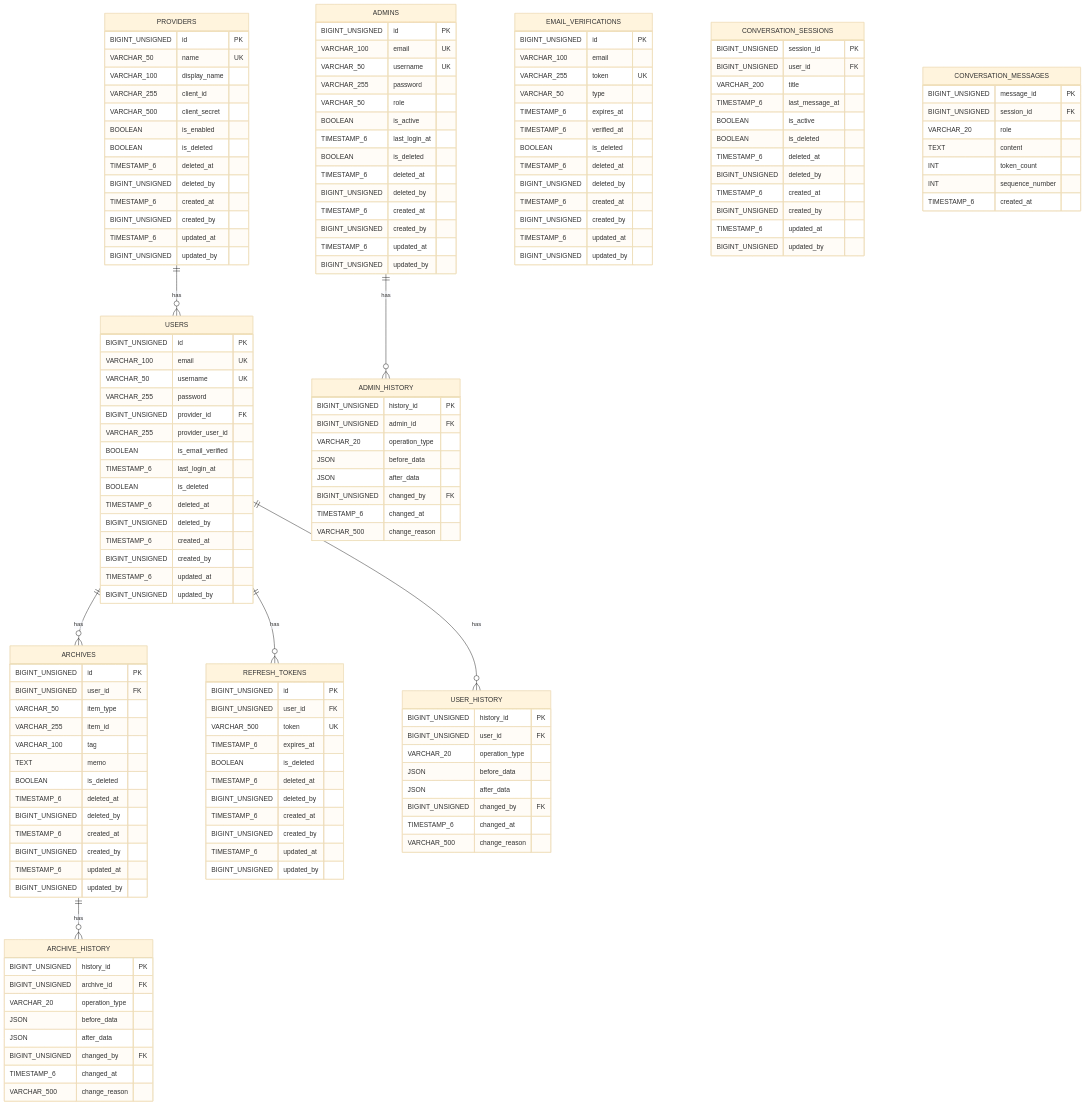
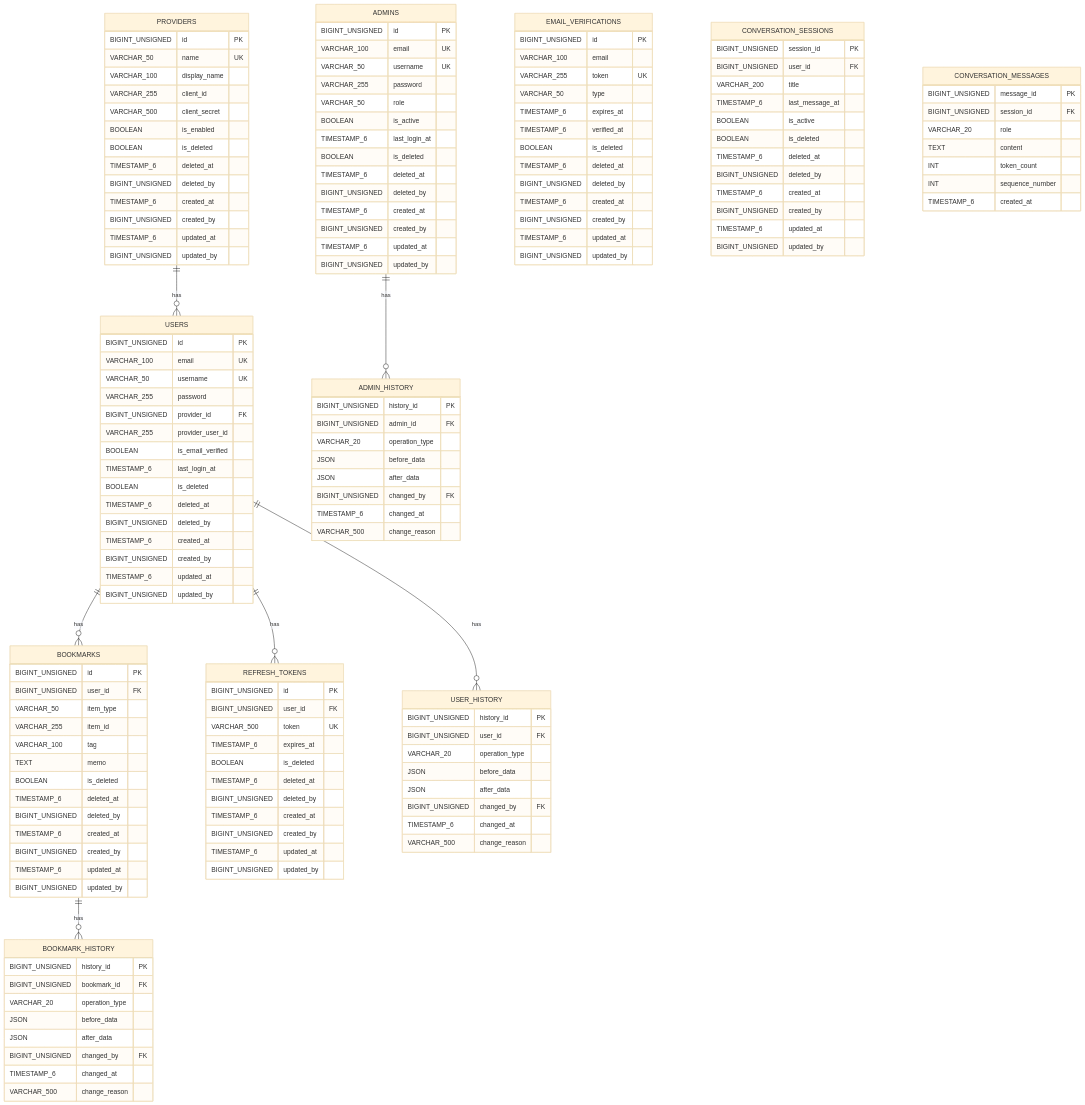
One commit to thswlsqls/tech-n-ai changed the diagram in docs/step1/3. aurora-schema-design.md. Above: the diagram before and after it, drawn with Mermaid (base theme). The commit also changed other lines of this file and 68 other files, not shown here.

````diff
--- a/docs/step1/3. aurora-schema-design.md
+++ b/docs/step1/3. aurora-schema-design.md
@@ -795,11 +779,11 @@
 ```mermaid
 erDiagram
     PROVIDERS ||--o{ USERS : "has"
-    USERS ||--o{ ARCHIVES : "has"
+    USERS ||--o{ BOOKMARKS : "has"
     USERS ||--o{ REFRESH_TOKENS : "has"
     USERS ||--o{ USER_HISTORY : "has"
     ADMINS ||--o{ ADMIN_HISTORY : "has"
-    ARCHIVES ||--o{ ARCHIVE_HISTORY : "has"
+    BOOKMARKS ||--o{ BOOKMARK_HISTORY : "has"
     
     PROVIDERS {
         BIGINT_UNSIGNED id PK
@@ -852,7 +836,7 @@
         BIGINT_UNSIGNED updated_by
     }
     
-    ARCHIVES {
+    BOOKMARKS {
         BIGINT_UNSIGNED id PK
         BIGINT_UNSIGNED user_id FK
         VARCHAR_50 item_type
@@ -920,9 +904,9 @@
         VARCHAR_500 change_reason
     }
     
-    ARCHIVE_HISTORY {
+    BOOKMARK_HISTORY {
         BIGINT_UNSIGNED history_id PK
-        BIGINT_UNSIGNED archive_id FK
+        BIGINT_UNSIGNED bookmark_id FK
         VARCHAR_20 operation_type
         JSON before_data
         JSON after_data
````
